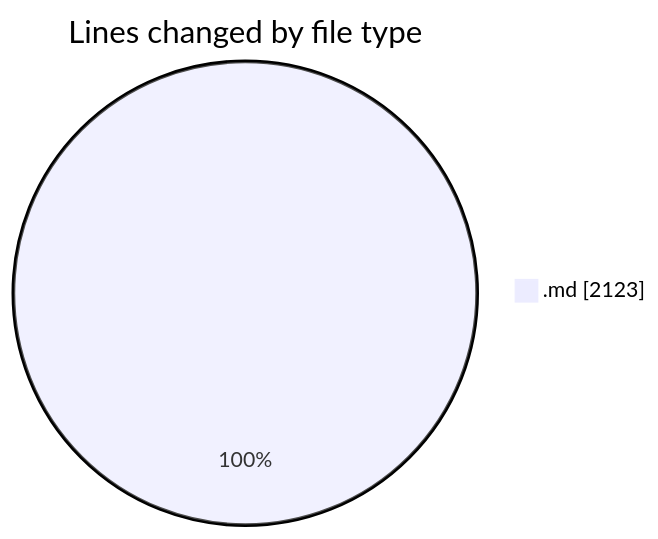
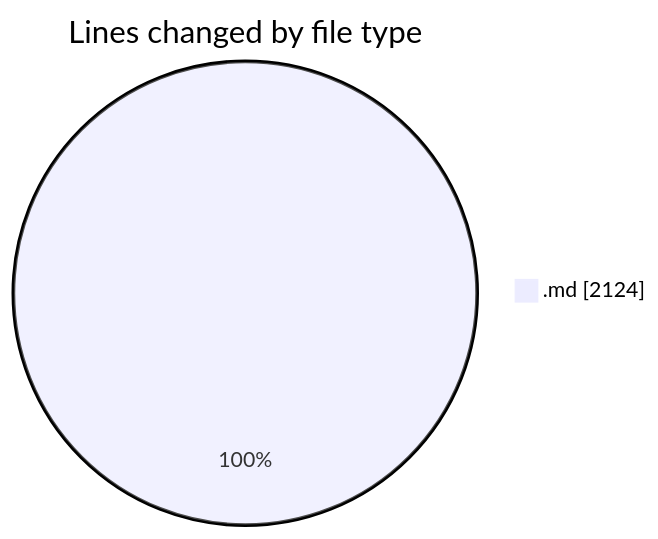
The first of 2 diagrams in 2025-07-07/urlwebwala_intership_work/README.md (Ritupan-Deka/code-tracking), drawn with Mermaid before and after one commit. The commit also changed other lines of this file and 1 other file, not shown here.

````diff
--- a/2025-07-07/urlwebwala_intership_work/README.md
+++ b/2025-07-07/urlwebwala_intership_work/README.md
@@ -22,5 +22,5 @@
 ```mermaid
 pie showData
 title Lines changed by file type
-".md" : 2123
+".md" : 2124
 ```
````
